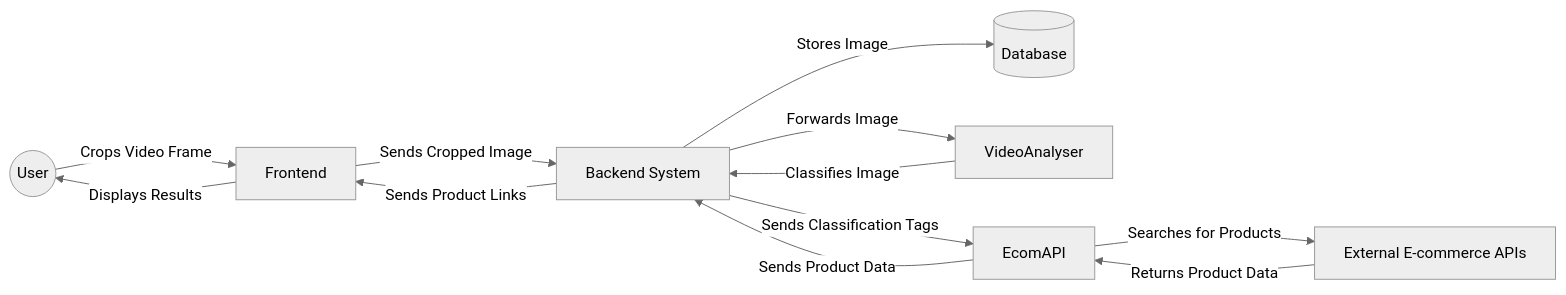
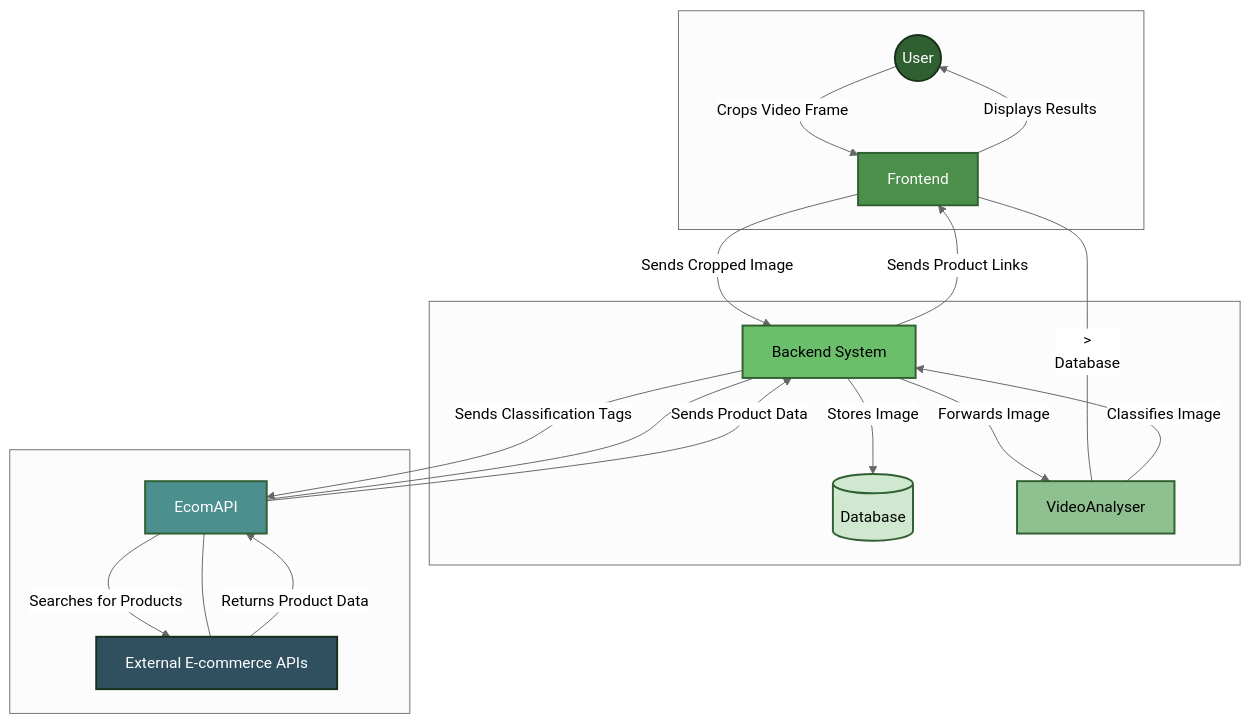
Before and after one commit to Deeku-Zeus/EcomMediaPlayer: the second of 2 diagrams in TechnicalDiagrams.md, drawn with Mermaid (neutral theme).

Commit message:
made changes to the theme of the flow diagram

````diff
--- a/TechnicalDiagrams.md
+++ b/TechnicalDiagrams.md
@@ -38,23 +38,67 @@
 ```mermaid
-flowchart LR
+flowchart TB
     %% External Entities
     User((User)) -->|Crops Video Frame| Frontend[Frontend]
 
-    %% Process 1: User Interaction and Data Capture
+    %% Data Flow: Frontend to Backend
     Frontend -->|Sends Cropped Image| Backend[Backend System]
+
+    %% Data Storage
     Backend -->|Stores Image| Database[(Database)]
 
-    %% Process 2: Image Classification
+    %% Image Classification
     Backend -->|Forwards Image| VideoAnalyser[VideoAnalyser]
     VideoAnalyser -->|Classifies Image| Backend
 
-    %% Process 3: E-commerce Search
+    %% E-commerce Search
     Backend -->|Sends Classification Tags| EcomAPI[EcomAPI]
     EcomAPI -->|Searches for Products| ExternalAPIs[External E-commerce APIs]
     ExternalAPIs -->|Returns Product Data| EcomAPI
+
+    %% Display Results
     EcomAPI -->|Sends Product Data| Backend
-
-    %% Process 4: Display Results to User
     Backend -->|Sends Product Links| Frontend
     Frontend -->|Displays Results| User
+
+    %% Custom Styling
+    classDef userStyle fill:#306032,stroke:#183018,stroke-width:2px,color:white;
+    classDef frontendStyle fill:#4b8f4b,stroke:#306032,stroke-width:2px,color:white;
+    classDef backendStyle fill:#6bbf6b,stroke:#306032,stroke-width:2px,color:black;
+    classDef databaseStyle fill:#cfe8cf,stroke:#306032,stroke-width:2px,color:black;
+    classDef videoAnalyserStyle fill:#8fc08f,stroke:#306032,stroke-width:2px,color:black;
+    classDef ecomApiStyle fill:#4b8f8f,stroke:#306032,stroke-width:2px,color:white;
+    classDef externalApiStyle fill:#305060,stroke:#183018,stroke-width:2px,color:white;
+
+    %% Applying Styles to Nodes
+    class User userStyle;
+    class Frontend frontendStyle;
+    class Backend backendStyle;
+    class Database databaseStyle;
+    class VideoAnalyser videoAnalyserStyle;
+    class EcomAPI ecomApiStyle;
+    class ExternalAPIs externalApiStyle;
+
+    %% Adjusting Spacing
+    Frontend --&gt;
+    Database --- VideoAnalyser;
+    Backend --- EcomAPI;
+    EcomAPI --- ExternalAPIs;
+
+    %% Adding some spacing between the rows
+    subgraph Row_1[ ]
+        User
+        Frontend
+    end
+
+    subgraph Row_2[ ]
+        Backend
+        Database
+        VideoAnalyser
+    end
+
+    subgraph Row_3[ ]
+        EcomAPI
+        ExternalAPIs
+    end
+
 ```
````
